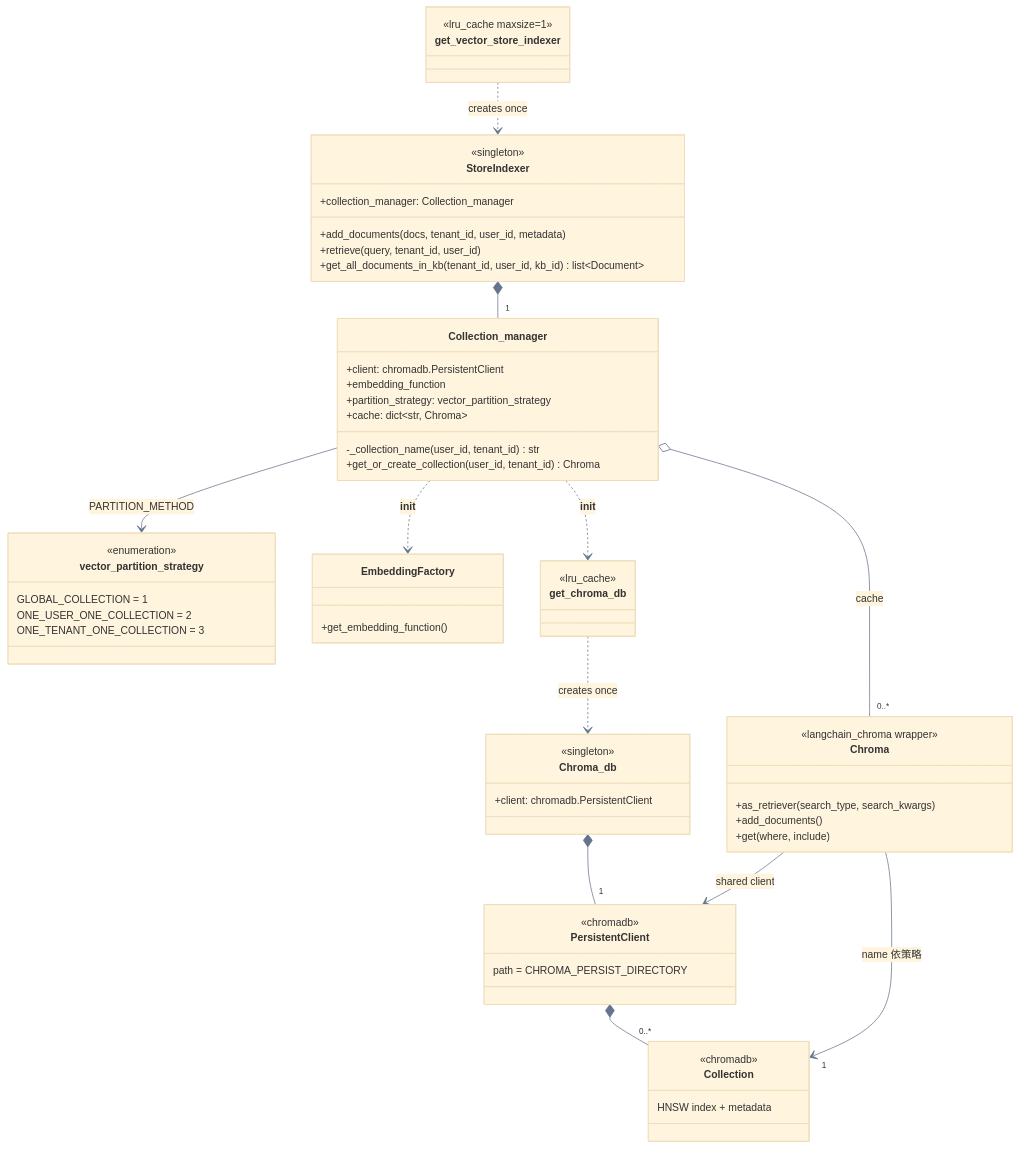
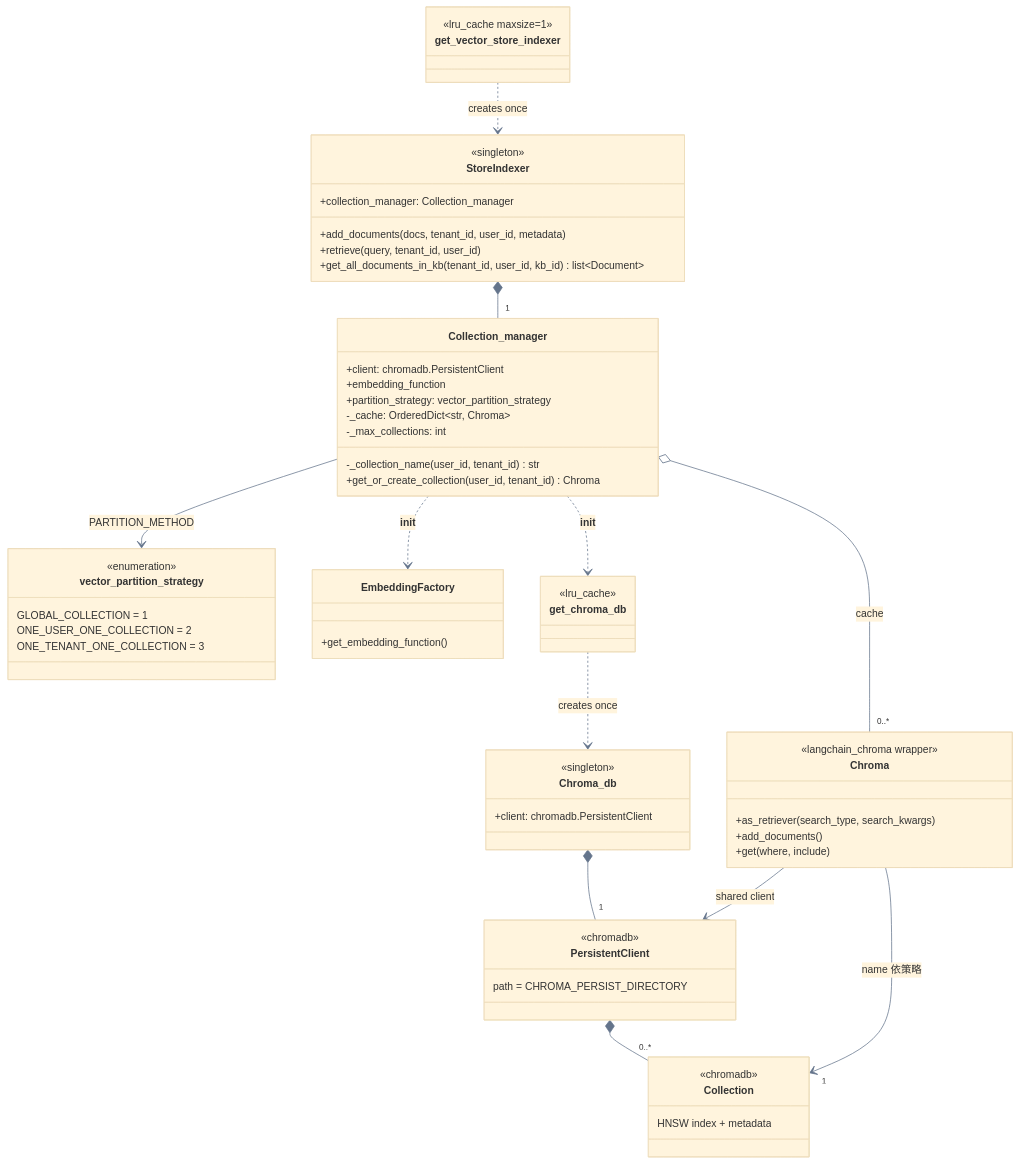
Before and after one commit to jltz1207/LoginFastapi: the fourth of 9 diagrams in docs/vectorstore/vectorstore-retriever-structure-20261009.md, drawn with Mermaid. The commit also changed other lines of this file and 5 other files, not shown here.

````diff
--- a/docs/vectorstore/vectorstore-retriever-structure-20261009.md
+++ b/docs/vectorstore/vectorstore-retriever-structure-20261009.md
@@ -98,66 +99,67 @@
 ```mermaid
 %%{init: {'theme': 'base', 'themeVariables': {'fontSize': '14px', 'lineColor': '#64748b'}}}%%
 classDiagram
     direction TB
 
     class get_vector_store_indexer {
         <<lru_cache maxsize=1>>
     }
     class get_chroma_db {
         <<lru_cache>>
     }
     class StoreIndexer {
         <<singleton>>
         +collection_manager: Collection_manager
         +add_documents(docs, tenant_id, user_id, metadata)
         +retrieve(query, tenant_id, user_id)
         +get_all_documents_in_kb(tenant_id, user_id, kb_id) list~Document~
     }
     class Collection_manager {
         +client: chromadb.PersistentClient
         +embedding_function
         +partition_strategy: vector_partition_strategy
-        +cache: dict~str, Chroma~
+        -_cache: OrderedDict~str, Chroma~
+        -_max_collections: int
         -_collection_name(user_id, tenant_id) str
         +get_or_create_collection(user_id, tenant_id) Chroma
     }
     class vector_partition_strategy {
         <<enumeration>>
         GLOBAL_COLLECTION = 1
         ONE_USER_ONE_COLLECTION = 2
         ONE_TENANT_ONE_COLLECTION = 3
     }
     class Chroma_db {
         <<singleton>>
         +client: chromadb.PersistentClient
     }
     class PersistentClient {
         <<chromadb>>
         path = CHROMA_PERSIST_DIRECTORY
     }
     class Chroma {
         <<langchain_chroma wrapper>>
         +as_retriever(search_type, search_kwargs)
         +add_documents()
         +get(where, include)
     }
     class Collection {
         <<chromadb>>
         HNSW index + metadata
     }
     class EmbeddingFactory {
         +get_embedding_function()
     }
 
     get_vector_store_indexer ..> StoreIndexer : creates once
     StoreIndexer *-- "1" Collection_manager
     Collection_manager --> vector_partition_strategy : PARTITION_METHOD
     Collection_manager ..> EmbeddingFactory : __init__
     Collection_manager ..> get_chroma_db : __init__
     get_chroma_db ..> Chroma_db : creates once
     Chroma_db *-- "1" PersistentClient
     Collection_manager o-- "0..*" Chroma : cache
     Chroma --> PersistentClient : shared client
     Chroma --> "1" Collection : name 依策略
     PersistentClient *-- "0..*" Collection
 ```
````
